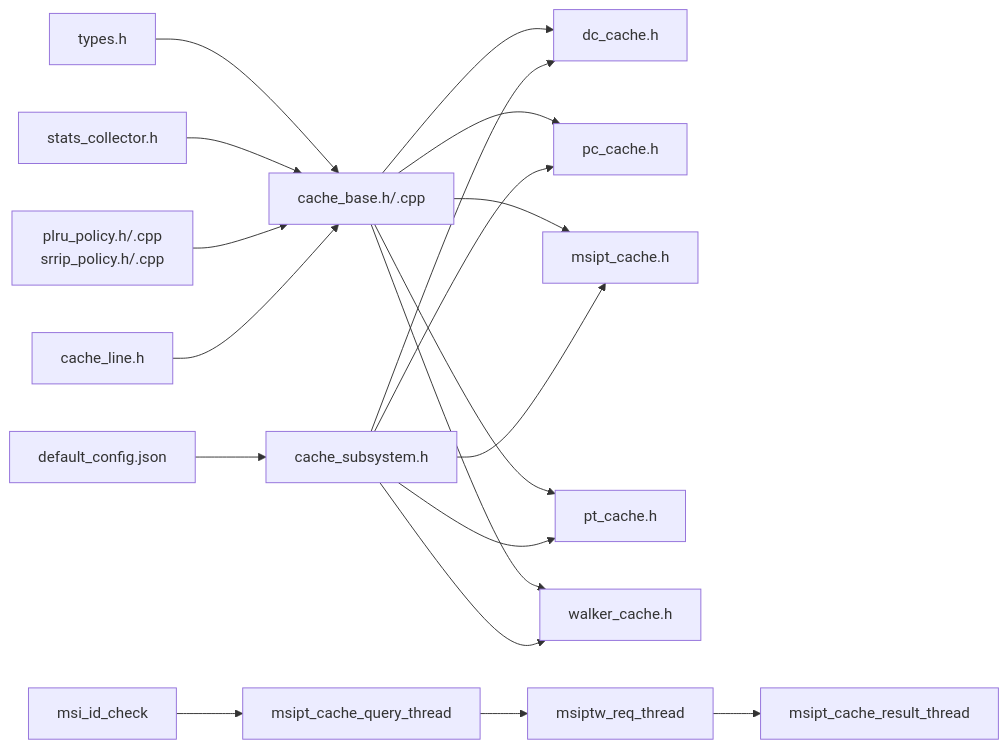
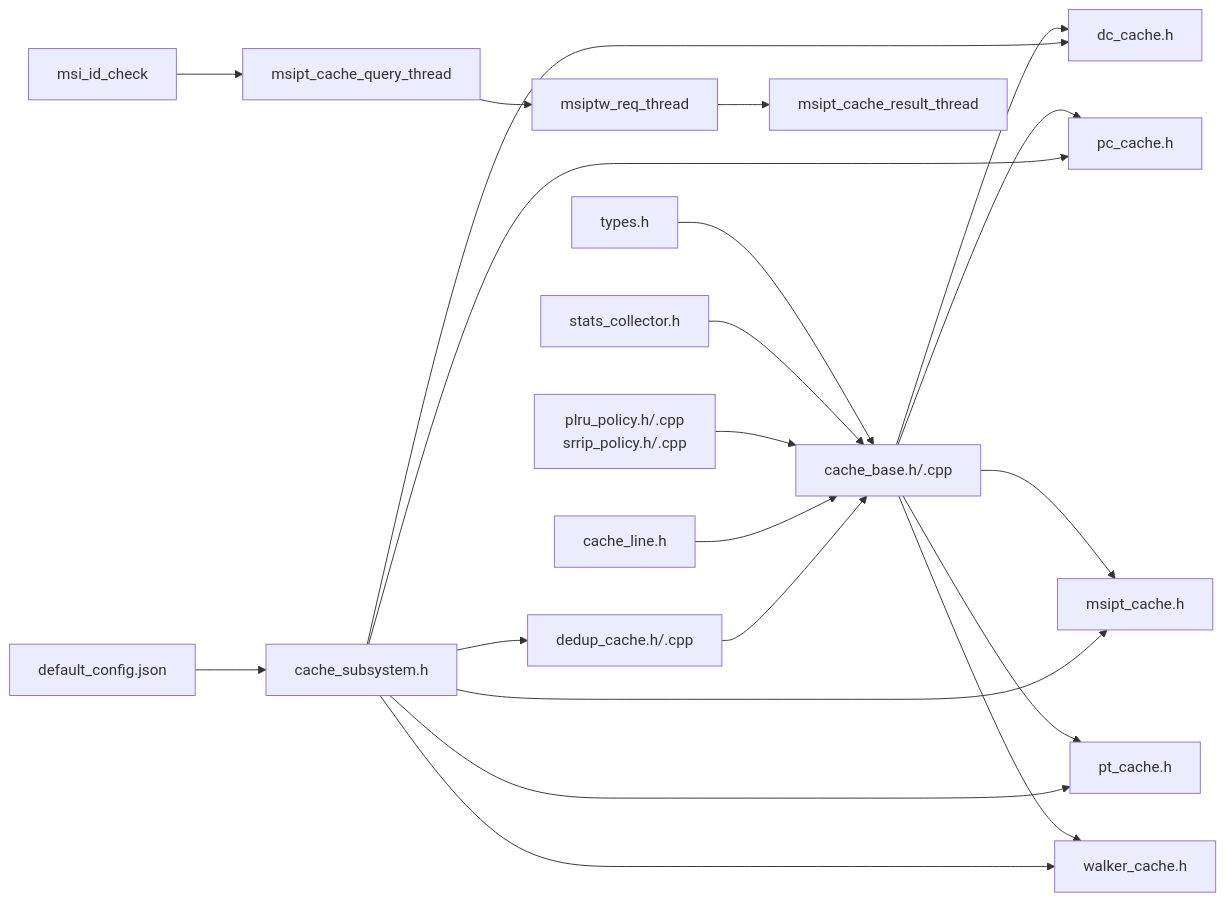
One commit to jiangjiang1122/iommu_model_20260401_v1 changed diagram 13 of 13 in .qoder/repowiki/zh/content/缓存系统/缓存系统.md. Above: the diagram before and after it, drawn with Mermaid. The commit also changed other lines of this file and 55 other files, not shown here.

````diff
--- a/.qoder/repowiki/zh/content/缓存系统/缓存系统.md
+++ b/.qoder/repowiki/zh/content/缓存系统/缓存系统.md
@@ -591,21 +657,23 @@
 ```mermaid
 graph LR
 Types["types.h"] --> Base["cache_base.h/.cpp"]
 Stats["stats_collector.h"] --> Base
 REPL["plru_policy.h/.cpp<br/>srrip_policy.h/.cpp"] --> Base
 Line["cache_line.h"] --> Base
 Base --> DC["dc_cache.h"]
 Base --> PC["pc_cache.h"]
 Base --> MSIPT["msipt_cache.h"]
 Base --> PT["pt_cache.h"]
 Base --> WC["walker_cache.h"]
+DDC["dedup_cache.h/.cpp"] --> Base
 CS["cache_subsystem.h"] --> DC
 CS --> PC
 CS --> MSIPT
 CS --> PT
 CS --> WC
+CS --> DDC
 MSID["msi_id_check"] --> MSIQ["msipt_cache_query_thread"]
 MSIQ --> MSIW["msiptw_req_thread"]
 MSIW --> MSIR["msipt_cache_result_thread"]
 CFG["default_config.json"] --> CS
 ```
````
